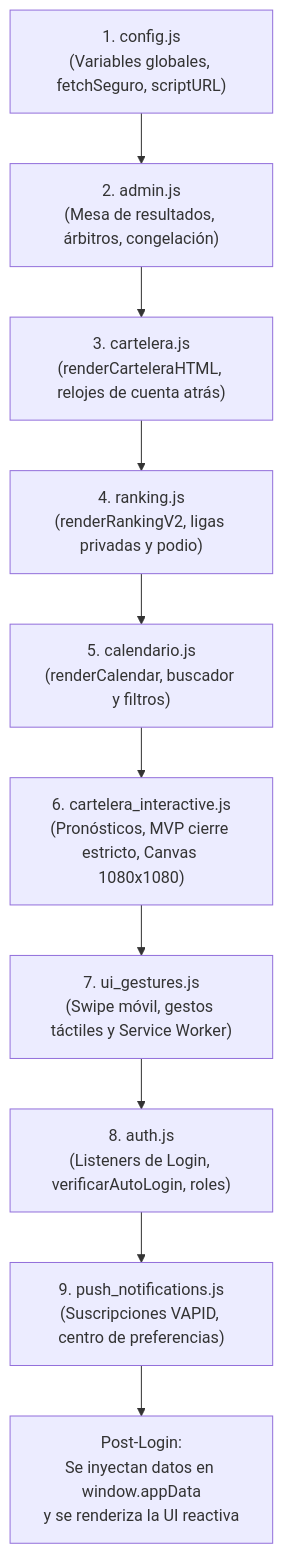
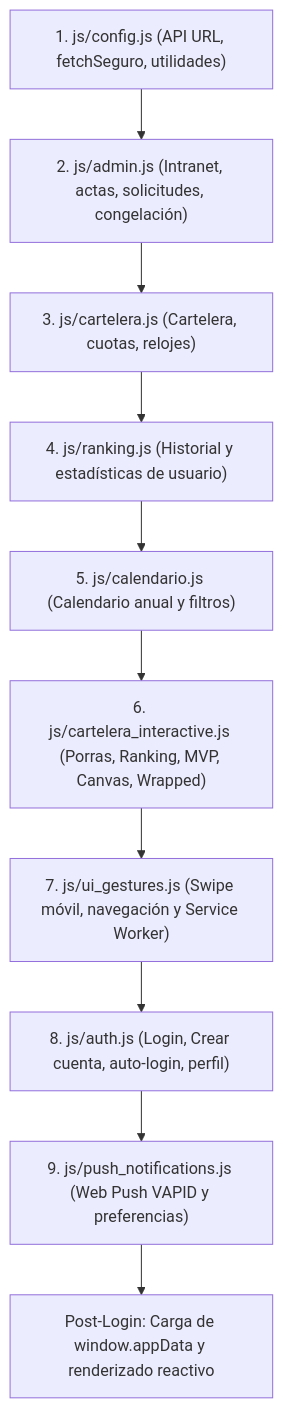
The diagram in docs/ARQUITECTURA_FRONTEND.md (angeel003/VCV-Play-2627), drawn with Mermaid before and after one commit. The commit also changed other lines of this file and 7 other files, not shown here.

````diff
--- a/docs/ARQUITECTURA_FRONTEND.md
+++ b/docs/ARQUITECTURA_FRONTEND.md
@@ -42,12 +42,12 @@
 ```mermaid
 flowchart TD
-    A["1. config.js<br>(Variables globales, fetchSeguro, scriptURL)"] --> B["2. admin.js<br>(Mesa de resultados, árbitros, congelación)"]
-    B --> C["3. cartelera.js<br>(renderCarteleraHTML, relojes de cuenta atrás)"]
-    C --> D["4. ranking.js<br>(renderRankingV2, ligas privadas y podio)"]
-    D --> E["5. calendario.js<br>(renderCalendar, buscador y filtros)"]
-    E --> F["6. cartelera_interactive.js<br>(Pronósticos, MVP cierre estricto, Canvas 1080x1080)"]
-    F --> G["7. ui_gestures.js<br>(Swipe móvil, gestos táctiles y Service Worker)"]
-    G --> H["8. auth.js<br>(Listeners de Login, verificarAutoLogin, roles)"]
-    H --> I["9. push_notifications.js<br>(Suscripciones VAPID, centro de preferencias)"]
-    I --> J["Post-Login:<br>Se inyectan datos en window.appData<br>y se renderiza la UI reactiva"]
+    A["1. js/config.js (API URL, fetchSeguro, utilidades)"] --> B["2. js/admin.js (Intranet, actas, solicitudes, congelación)"]
+    B --> C["3. js/cartelera.js (Cartelera, cuotas, relojes)"]
+    C --> D["4. js/ranking.js (Historial y estadísticas de usuario)"]
+    D --> E["5. js/calendario.js (Calendario anual y filtros)"]
+    E --> F["6. js/cartelera_interactive.js (Porras, Ranking, MVP, Canvas, Wrapped)"]
+    F --> G["7. js/ui_gestures.js (Swipe móvil, navegación y Service Worker)"]
+    G --> H["8. js/auth.js (Login, Crear cuenta, auto-login, perfil)"]
+    H --> I["9. js/push_notifications.js (Web Push VAPID y preferencias)"]
+    I --> J["Post-Login: Carga de window.appData y renderizado reactivo"]
 ```
````
